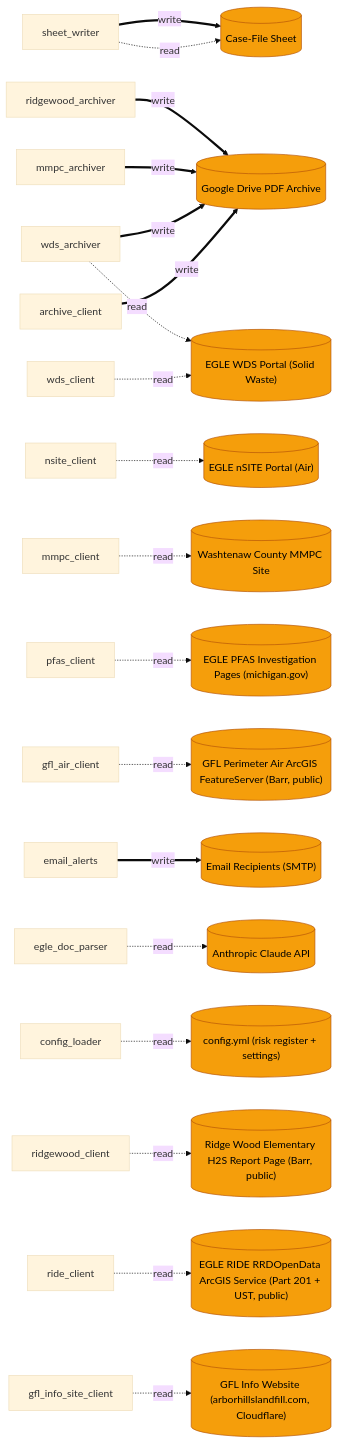
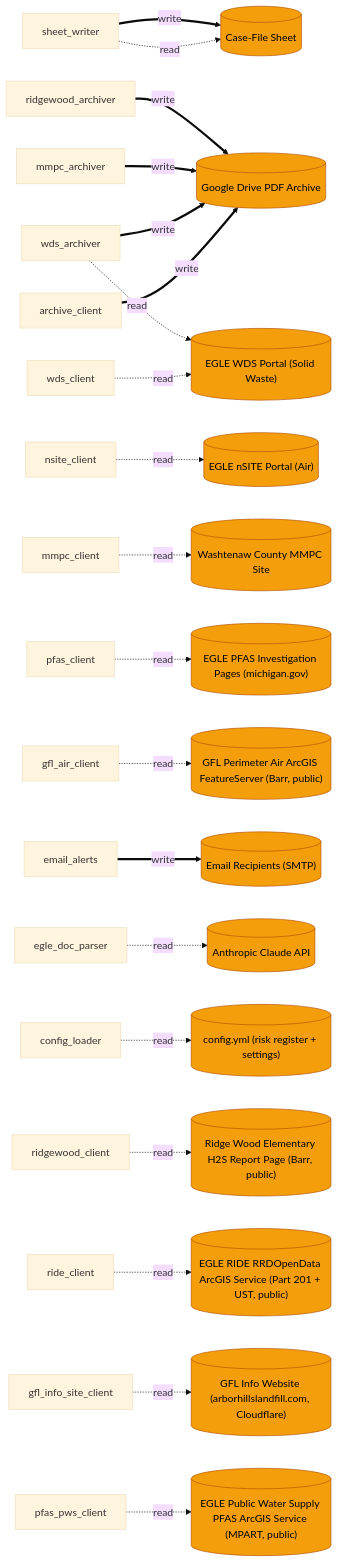
Before and after one commit to tkunst/arbor-hills-monitor: the diagram in docs/topology/data-lineage.mmd, drawn with Mermaid (base theme). The commit also changed 11 other files, not shown here.

```diff
--- a/docs/topology/data-lineage.mmd
+++ b/docs/topology/data-lineage.mmd
@@ -1,62 +1,66 @@
 graph LR
   %% program -> data store lineage; dotted = read, bold = write
   ds_case_file_sheet[("Case-File Sheet")]
   ds_drive_archive[("Google Drive PDF Archive")]
   ds_nsite[("EGLE nSITE Portal (Air)")]
   ds_wds[("EGLE WDS Portal (Solid Waste)")]
   ds_mmpc[("Washtenaw County MMPC Site")]
   ds_pfas[("EGLE PFAS Investigation Pages (michigan.gov)")]
   ds_gfl_air[("GFL Perimeter Air ArcGIS FeatureServer (Barr, public)")]
   ds_ridgewood[("Ridge Wood Elementary H2S Report Page (Barr, public)")]
   ds_ride[("EGLE RIDE RRDOpenData ArcGIS Service (Part 201 + UST, public)")]
   ds_gfl_info_site[("GFL Info Website (arborhillslandfill.com, Cloudflare)")]
+  ds_pws_pfas[("EGLE Public Water Supply PFAS ArcGIS Service (MPART, public)")]
   ds_smtp[("Email Recipients (SMTP)")]
   ds_anthropic[("Anthropic Claude API")]
   ds_config[("config.yml (risk register + settings)")]
   sheet_writer["sheet_writer"]
   sheet_writer -. read .-> ds_case_file_sheet
   sheet_writer ==>|write| ds_case_file_sheet
   archive_client["archive_client"]
   archive_client ==>|write| ds_drive_archive
   nsite_client["nsite_client"]
   nsite_client -. read .-> ds_nsite
   wds_client["wds_client"]
   wds_client -. read .-> ds_wds
   mmpc_client["mmpc_client"]
   mmpc_client -. read .-> ds_mmpc
   pfas_client["pfas_client"]
   pfas_client -. read .-> ds_pfas
   gfl_air_client["gfl_air_client"]
   gfl_air_client -. read .-> ds_gfl_air
   email_alerts["email_alerts"]
   email_alerts ==>|write| ds_smtp
   egle_doc_parser["egle_doc_parser"]
   egle_doc_parser -. read .-> ds_anthropic
   config_loader["config_loader"]
   config_loader -. read .-> ds_config
   wds_archiver["wds_archiver"]
   wds_archiver -. read .-> ds_wds
   wds_archiver ==>|write| ds_drive_archive
   mmpc_archiver["mmpc_archiver"]
   mmpc_archiver ==>|write| ds_drive_archive
   ridgewood_client["ridgewood_client"]
   ridgewood_client -. read .-> ds_ridgewood
   ridgewood_archiver["ridgewood_archiver"]
   ridgewood_archiver ==>|write| ds_drive_archive
   ride_client["ride_client"]
   ride_client -. read .-> ds_ride
   gfl_info_site_client["gfl_info_site_client"]
   gfl_info_site_client -. read .-> ds_gfl_info_site
+  pfas_pws_client["pfas_pws_client"]
+  pfas_pws_client -. read .-> ds_pws_pfas
   style ds_case_file_sheet fill:#f59e0b,color:#000,stroke:#b45309
   style ds_drive_archive fill:#f59e0b,color:#000,stroke:#b45309
   style ds_nsite fill:#f59e0b,color:#000,stroke:#b45309
   style ds_wds fill:#f59e0b,color:#000,stroke:#b45309
   style ds_mmpc fill:#f59e0b,color:#000,stroke:#b45309
   style ds_pfas fill:#f59e0b,color:#000,stroke:#b45309
   style ds_gfl_air fill:#f59e0b,color:#000,stroke:#b45309
   style ds_ridgewood fill:#f59e0b,color:#000,stroke:#b45309
   style ds_ride fill:#f59e0b,color:#000,stroke:#b45309
   style ds_gfl_info_site fill:#f59e0b,color:#000,stroke:#b45309
+  style ds_pws_pfas fill:#f59e0b,color:#000,stroke:#b45309
   style ds_smtp fill:#f59e0b,color:#000,stroke:#b45309
   style ds_anthropic fill:#f59e0b,color:#000,stroke:#b45309
   style ds_config fill:#f59e0b,color:#000,stroke:#b45309
```
